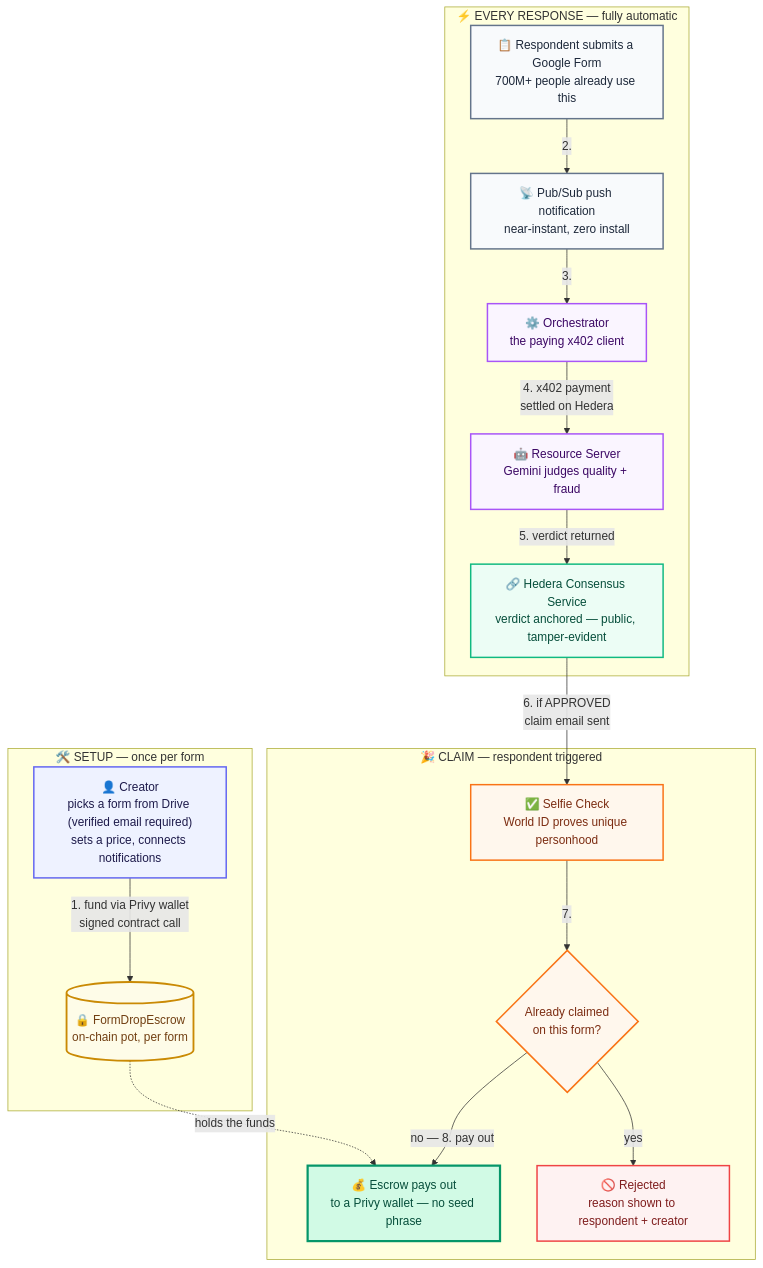
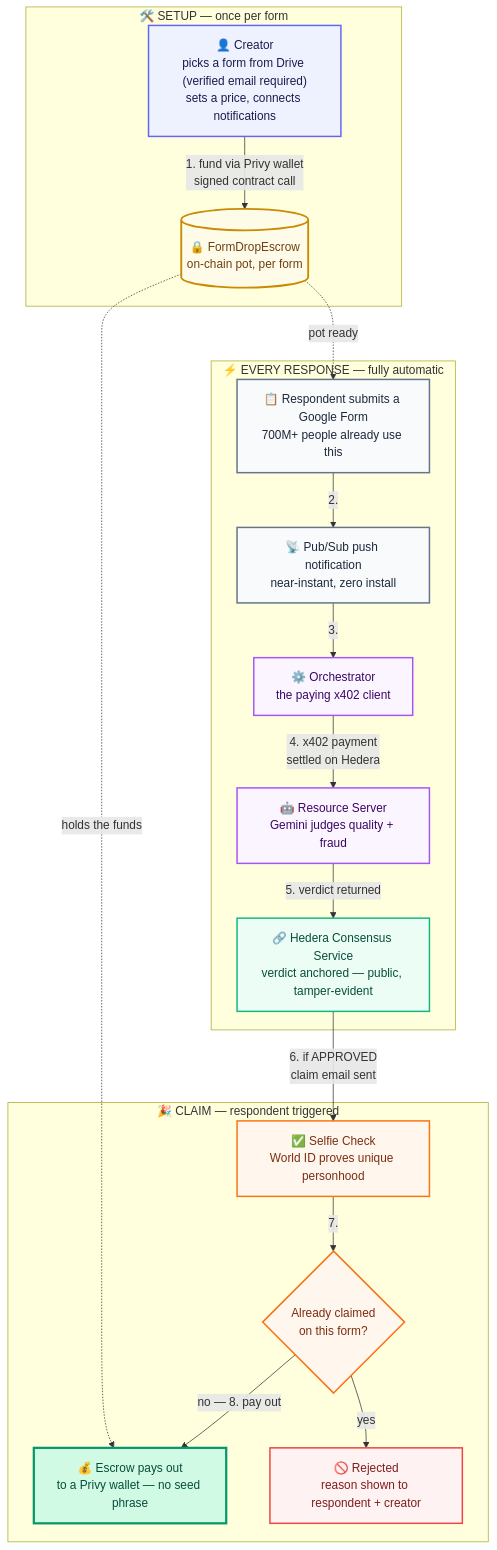
The diagram in README.md (xaviersharwin10/FormDrop), drawn with Mermaid before and after one commit.

Commit message:
Fix architecture diagram layout: connect SETUP subgraph into the response pipeline

````diff
--- a/README.md
+++ b/README.md
@@ -82,50 +82,52 @@
 ```mermaid
 flowchart TD
     subgraph SETUP[" 🛠️ SETUP — once per form "]
         A["👤 Creator<br/>picks a form from Drive (verified email required)<br/>sets a price, connects notifications"]
         ESC[("🔒 FormDropEscrow<br/>on-chain pot, per form")]
         A -->|"1. fund via Privy wallet<br/>signed contract call"| ESC
     end
+
+    ESC -.->|"pot ready"| B
 
     subgraph AUTOMATIC[" ⚡ EVERY RESPONSE — fully automatic "]
         B["📋 Respondent submits a Google Form<br/>700M+ people already use this"]
         PS["📡 Pub/Sub push notification<br/>near-instant, zero install"]
         C["⚙️ Orchestrator<br/>the paying x402 client"]
         D["🤖 Resource Server<br/>Gemini judges quality + fraud"]
         E["🔗 Hedera Consensus Service<br/>verdict anchored — public, tamper-evident"]
         B -->|"2."| PS -->|"3."| C
         C -->|"4. x402 payment<br/>settled on Hedera"| D
         D -->|"5. verdict returned"| E
     end
 
     subgraph CLAIM[" 🎉 CLAIM — respondent triggered "]
         F["✅ Selfie Check<br/>World ID proves unique personhood"]
         N{"Already claimed<br/>on this form?"}
         G["💰 Escrow pays out<br/>to a Privy wallet — no seed phrase"]
         X["🚫 Rejected<br/>reason shown to respondent + creator"]
         F -->|"7."| N
         N -->|"no — 8. pay out"| G
         N -->|"yes"| X
     end
 
     ESC -.->|"holds the funds"| G
     E -->|"6. if APPROVED<br/>claim email sent"| F
 
     classDef creator fill:#eef2ff,stroke:#6366f1,stroke-width:2px,color:#1e1b4b
     classDef form fill:#f8fafc,stroke:#64748b,stroke-width:2px,color:#1e293b
     classDef backend fill:#faf5ff,stroke:#a855f7,stroke-width:2px,color:#3b0764
     classDef hedera fill:#ecfdf5,stroke:#10b981,stroke-width:2px,color:#064e3b
     classDef claim fill:#fff7ed,stroke:#f97316,stroke-width:2px,color:#7c2d12
     classDef payout fill:#d1fae5,stroke:#059669,stroke-width:3px,color:#064e3b
     classDef escrow fill:#fefce8,stroke:#ca8a04,stroke-width:2.5px,color:#713f12
     classDef reject fill:#fef2f2,stroke:#ef4444,stroke-width:2px,color:#7f1d1d
 
     class A creator
     class B,PS form
     class C,D backend
     class E hedera
     class F,N claim
     class G payout
     class ESC escrow
     class X reject
 ```
````
